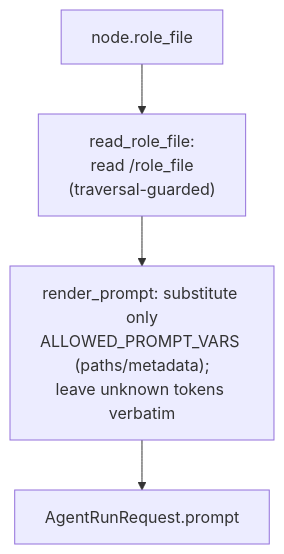
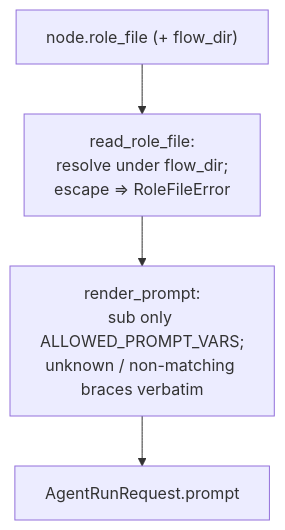
The diagram in docs/functional/blocks/B15-prompt-templates.md (VladimirMakarevich/wastech-orchestrator), drawn with Mermaid before and after one commit. The commit also changed other lines of this file and 39 other files, not shown here.

First line of the commit message:
docs: Add detailed documentation for new flows and components

````diff
--- a/docs/functional/blocks/B15-prompt-templates.md
+++ b/docs/functional/blocks/B15-prompt-templates.md
@@ -41,6 +51,6 @@
 ```mermaid
 flowchart TB
-    start["node.role_file"] --> read["read_role_file:<br/>read <flow_dir>/role_file<br/>(traversal-guarded)"]
-    read --> render["render_prompt: substitute only<br/>ALLOWED_PROMPT_VARS (paths/metadata);<br/>leave unknown tokens verbatim"]
-    render --> out["AgentRunRequest.prompt"]
+  rf["node.role_file (+ flow_dir)"] --> read["read_role_file:<br/>resolve under flow_dir;<br/>escape ⇒ RoleFileError"]
+  read --> render["render_prompt:<br/>sub only ALLOWED_PROMPT_VARS;<br/>unknown / non-matching braces verbatim"]
+  render --> out["AgentRunRequest.prompt"]
 ```
````
